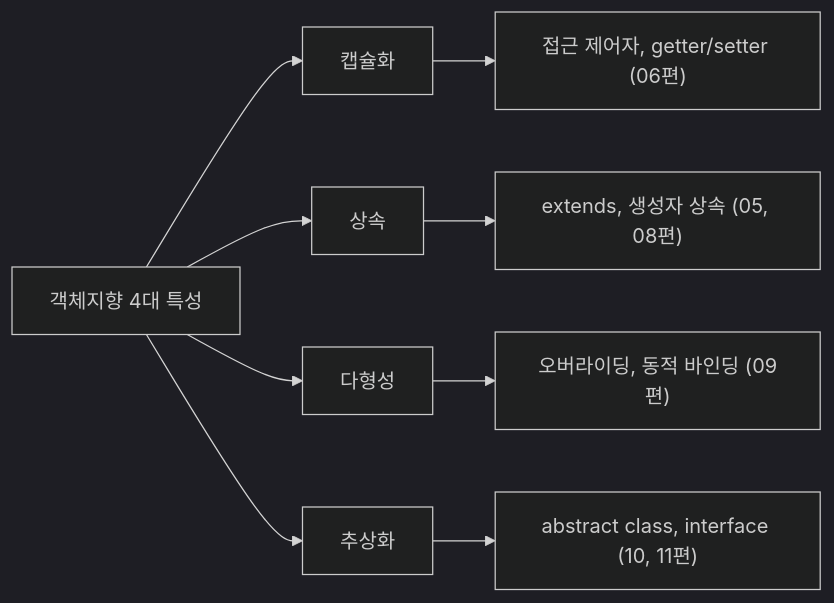
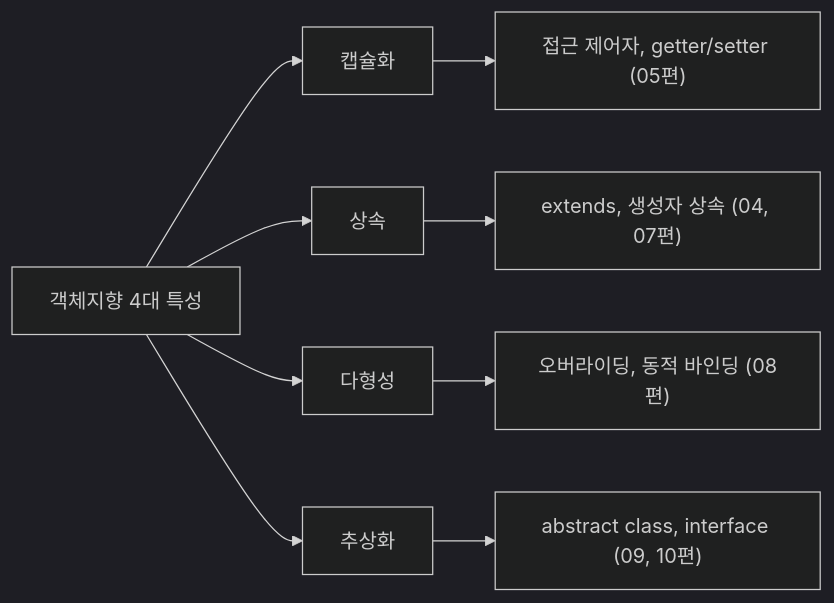
Before and after one commit to zenoK80/zeno-ai-docs: the diagram in content/독학사/3단계/객체지향프로그래밍/02_oop-language.mdx, drawn with Mermaid (dark theme). The commit also changed other lines of this file and 1368 other files, not shown here.

````diff
--- a/content/독학사/3단계/객체지향프로그래밍/02_oop-language.mdx
+++ b/content/독학사/3단계/객체지향프로그래밍/02_oop-language.mdx
@@ -191,11 +175,11 @@
 ```mermaid
 graph LR
   A[객체지향 4대 특성] --> B[캡슐화]
   A --> C[상속]
   A --> D[다형성]
   A --> E[추상화]
-  B --> B1["접근 제어자, getter/setter (06편)"]
-  C --> C1["extends, 생성자 상속 (05, 08편)"]
-  D --> D1["오버라이딩, 동적 바인딩 (09편)"]
-  E --> E1["abstract class, interface (10, 11편)"]
+  B --> B1["접근 제어자, getter/setter (05편)"]
+  C --> C1["extends, 생성자 상속 (04, 07편)"]
+  D --> D1["오버라이딩, 동적 바인딩 (08편)"]
+  E --> E1["abstract class, interface (09, 10편)"]
 ```
````
